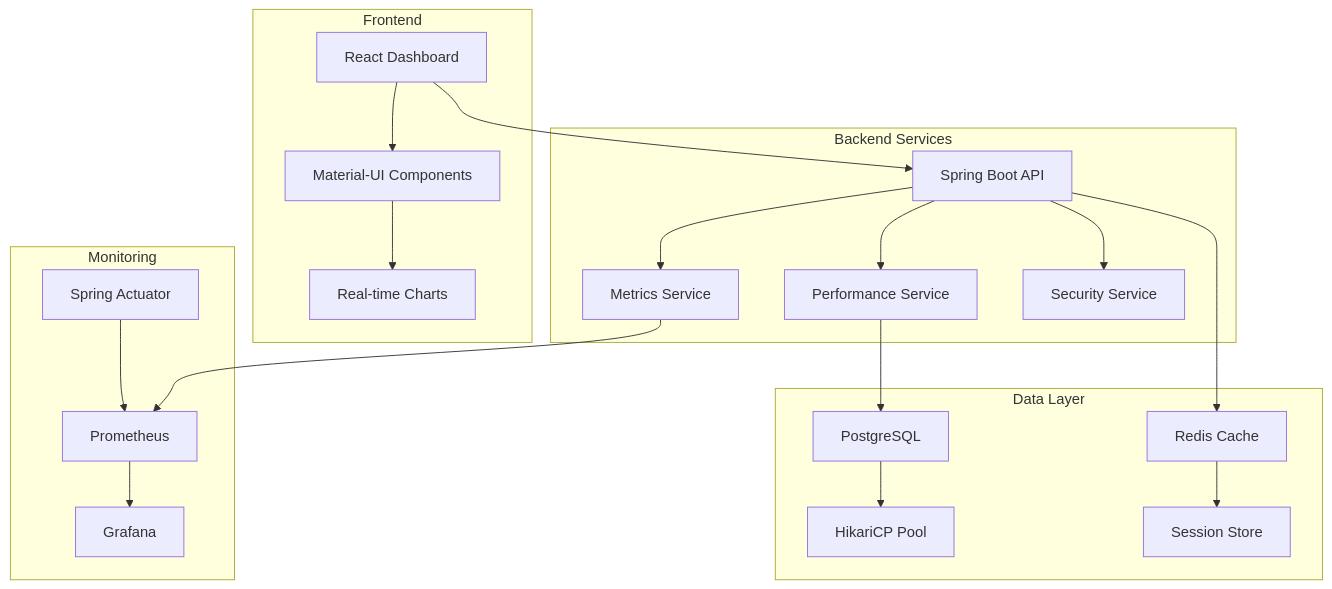
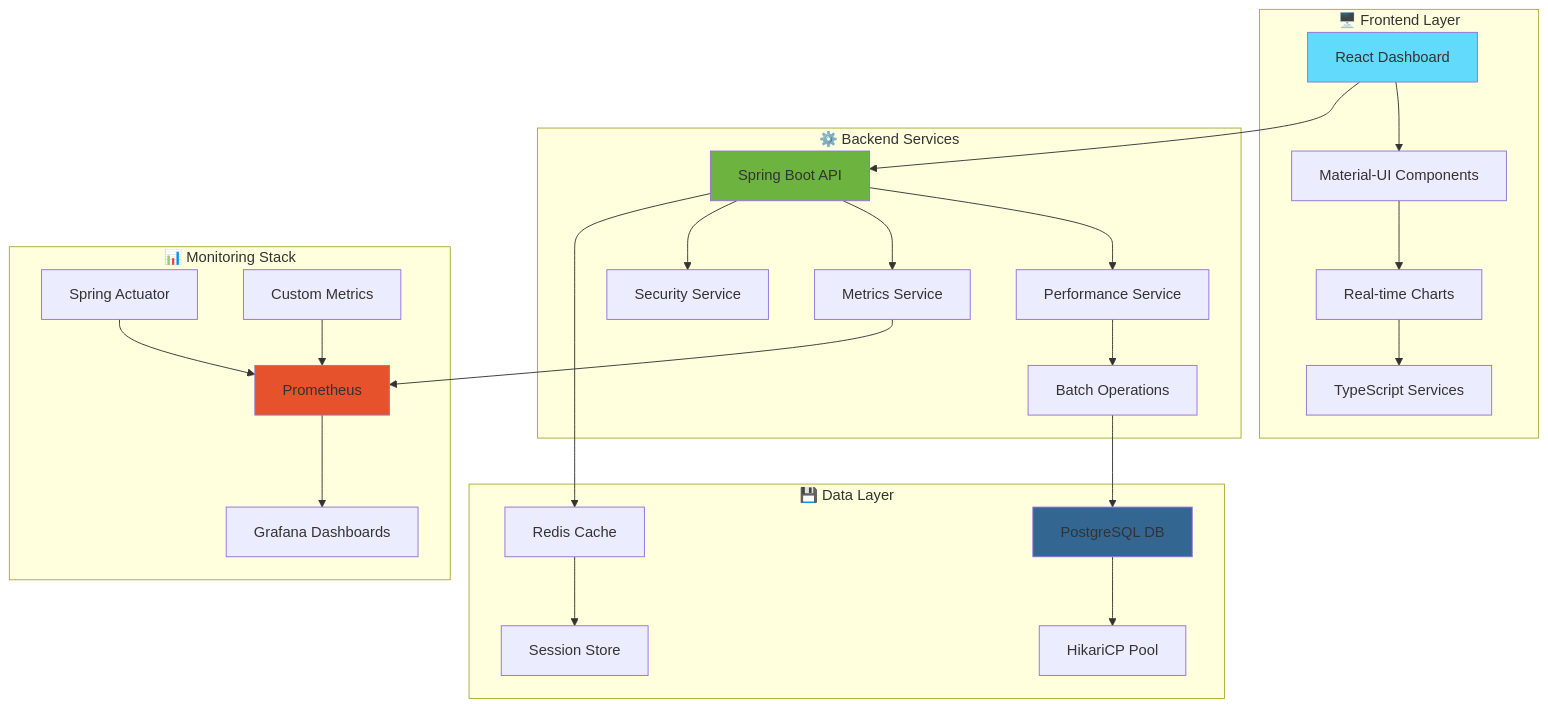
One commit to mrvivekthumar/Batch_Visulization changed the diagram in README.md. Above: the diagram before and after it, drawn with Mermaid. The commit also changed other lines of this file, not shown here.

````diff
--- a/README.md
+++ b/README.md
@@ -59,28 +121,36 @@
 ```mermaid
 graph TB
-    subgraph "Frontend"
+    subgraph "🖥️ Frontend Layer"
         A[React Dashboard] --> B[Material-UI Components]
         B --> C[Real-time Charts]
+        C --> D[TypeScript Services]
     end
     
-    subgraph "Backend Services"
-        D[Spring Boot API] --> E[Performance Service]
-        D --> F[Metrics Service]
-        D --> G[Security Service]
+    subgraph "⚙️ Backend Services"
+        E[Spring Boot API] --> F[Performance Service]
+        E --> G[Metrics Service]
+        E --> H[Security Service]
+        F --> I[Batch Operations]
     end
     
-    subgraph "Data Layer"
-        H[PostgreSQL] --> I[HikariCP Pool]
-        J[Redis Cache] --> K[Session Store]
+    subgraph "💾 Data Layer"
+        J[PostgreSQL DB] --> K[HikariCP Pool]
+        L[Redis Cache] --> M[Session Store]
     end
     
-    subgraph "Monitoring"
-        L[Prometheus] --> M[Grafana]
-        N[Spring Actuator] --> L
+    subgraph "📊 Monitoring Stack"
+        N[Prometheus] --> O[Grafana Dashboards]
+        P[Spring Actuator] --> N
+        Q[Custom Metrics] --> N
     end
     
-    A --> D
-    E --> H
-    F --> L
-    D --> J
+    A --> E
+    I --> J
+    G --> N
+    E --> L
+    
+    style A fill:#61dafb
+    style E fill:#6db33f
+    style J fill:#336791
+    style N fill:#e6522c
 ```
````
